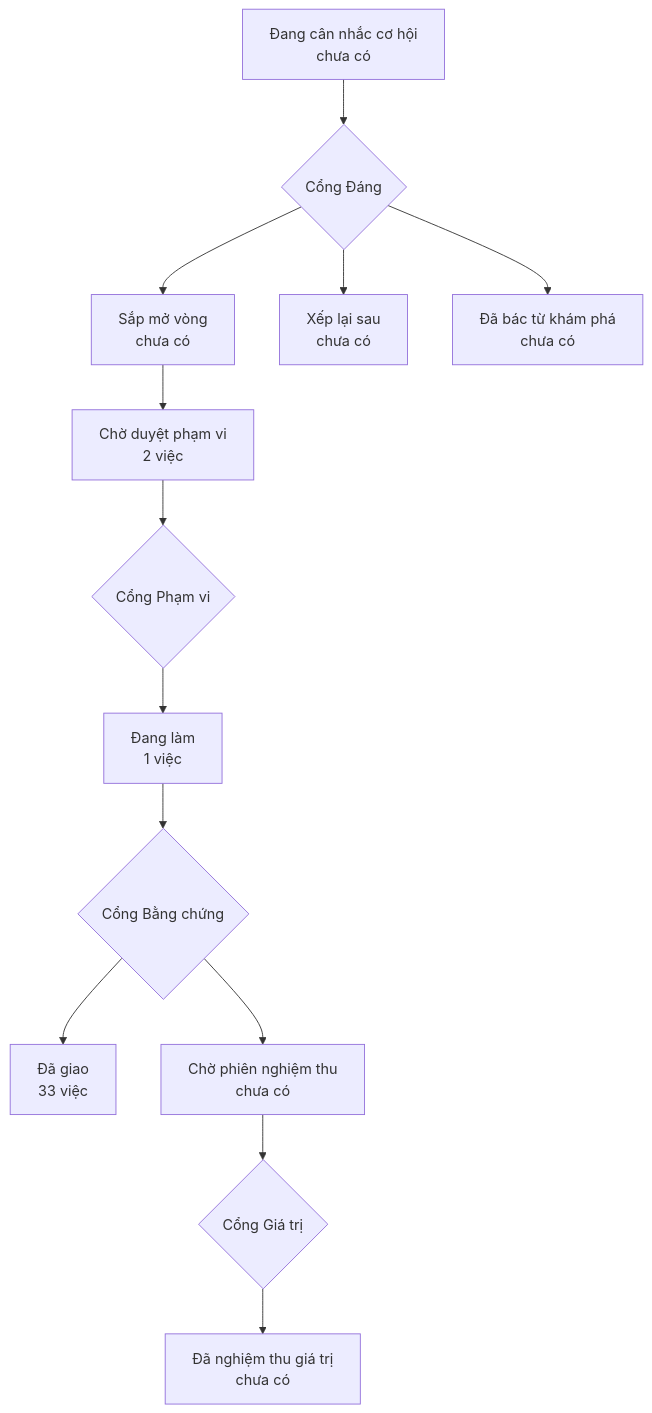
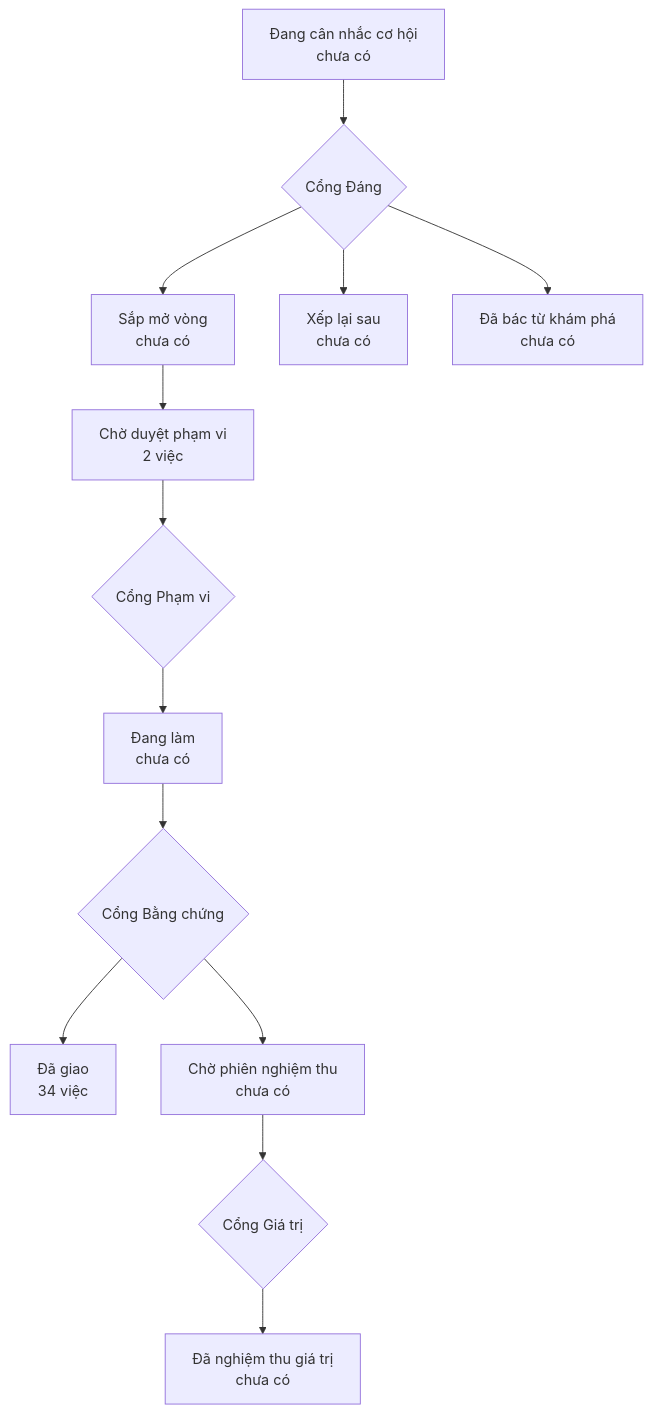
One commit to phanlemanh/acceptance-gate-kit changed the diagram in PRODUCT-MAP.md. Above: the diagram before and after it, drawn with Mermaid. The commit also changed other lines of this file and 3 other files, not shown here.

````diff
--- a/PRODUCT-MAP.md
+++ b/PRODUCT-MAP.md
@@ -6,12 +6,12 @@
 ```mermaid
 flowchart TD
   A["Đang cân nhắc cơ hội<br/>chưa có"] --> GD{"Cổng Đáng"}
   GD --> B["Sắp mở vòng<br/>chưa có"]
   GD --> XL["Xếp lại sau<br/>chưa có"]
   GD --> DB["Đã bác từ khám phá<br/>chưa có"]
   B --> CD["Chờ duyệt phạm vi<br/>2 việc"] --> GP{"Cổng Phạm vi"}
-  GP --> DL["Đang làm<br/>1 việc"] --> GB{"Cổng Bằng chứng"}
-  GB --> DG["Đã giao<br/>33 việc"]
+  GP --> DL["Đang làm<br/>chưa có"] --> GB{"Cổng Bằng chứng"}
+  GB --> DG["Đã giao<br/>34 việc"]
   GB --> CN["Chờ phiên nghiệm thu<br/>chưa có"] --> GG{"Cổng Giá trị"}
   GG --> NT["Đã nghiệm thu giá trị<br/>chưa có"]
 ```
````
